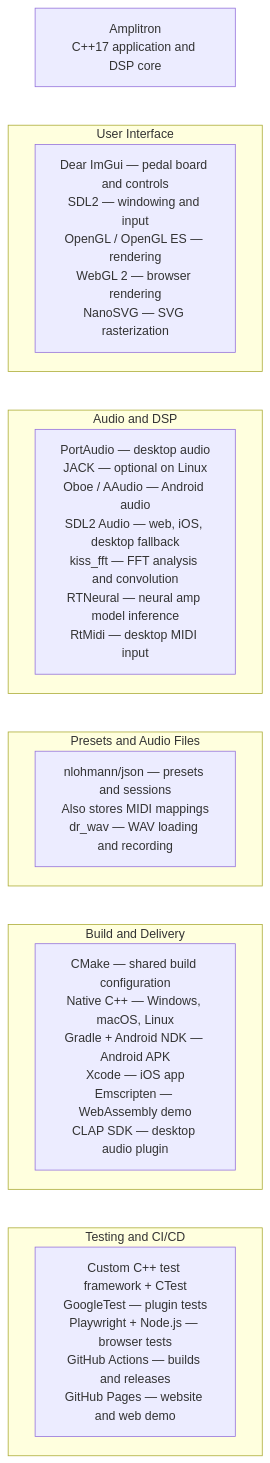
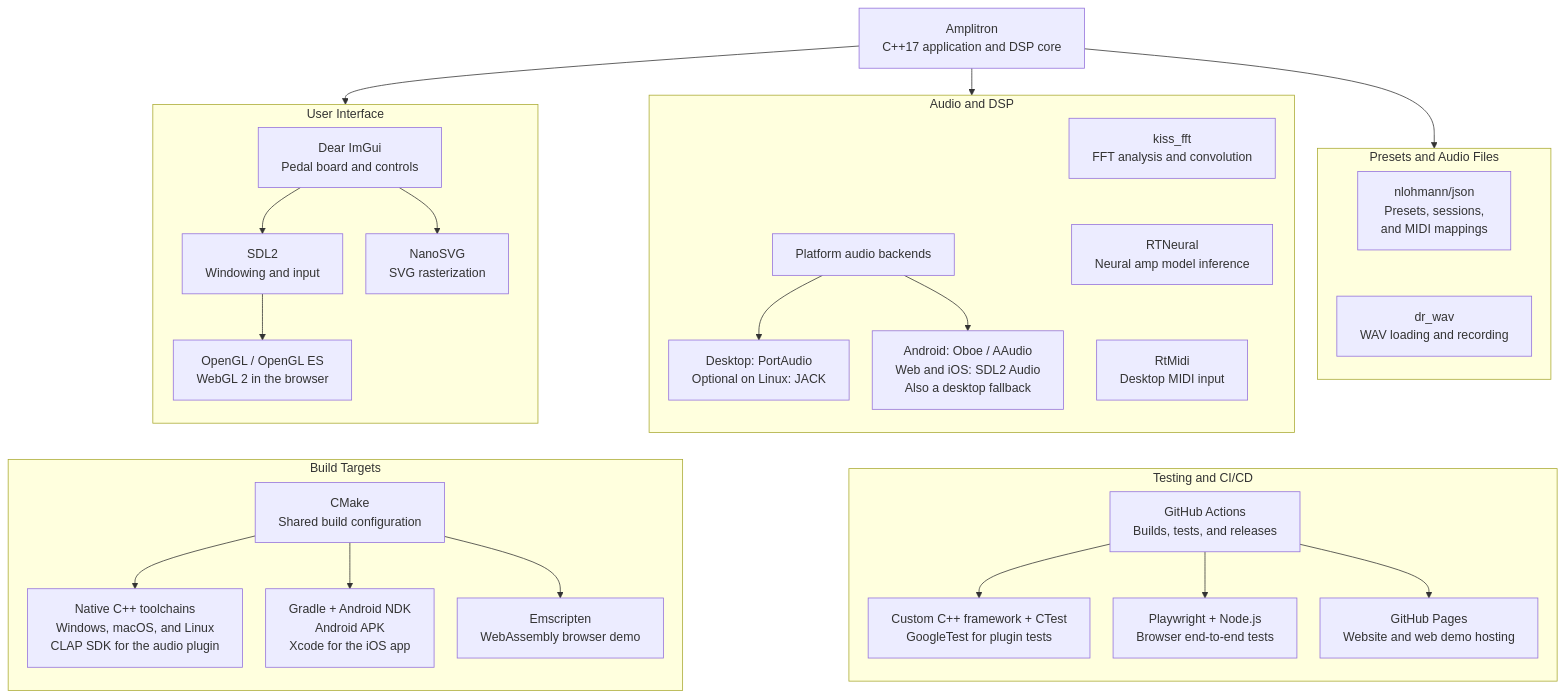
The fourth of 4 diagrams in README.md (sudip-mondal-2002/Amplitron), drawn with Mermaid before and after one commit. The commit also changed other lines of this file, not shown here.

Commit message:
update tech stack

````diff
--- a/README.md
+++ b/README.md
@@ -928,30 +928,66 @@
 ```mermaid
+%%{init: {"flowchart": {"wrappingWidth": 240, "nodeSpacing": 30, "rankSpacing": 35}}}%%
 flowchart TB
     core["Amplitron<br/>C++17 application and DSP core"]
 
     subgraph ui["User Interface"]
-        uiStack["Dear ImGui — pedal board and controls<br/>SDL2 — windowing and input<br/>OpenGL / OpenGL ES — rendering<br/>WebGL 2 — browser rendering<br/>NanoSVG — SVG rasterization"]
+        direction TB
+        imgui["Dear ImGui<br/>Pedal board and controls"]
+        sdl["SDL2<br/>Windowing and input"]
+        graphics["OpenGL / OpenGL ES<br/>WebGL 2 in the browser"]
+        svg["NanoSVG<br/>SVG rasterization"]
+        imgui --> sdl
+        sdl --> graphics
+        imgui --> svg
     end
 
     subgraph audio["Audio and DSP"]
-        audioStack["PortAudio — desktop audio<br/>JACK — optional on Linux<br/>Oboe / AAudio — Android audio<br/>SDL2 Audio — web, iOS, desktop fallback<br/>kiss_fft — FFT analysis and convolution<br/>RTNeural — neural amp model inference<br/>RtMidi — desktop MIDI input"]
+        direction TB
+        backends["Platform audio backends"]
+        desktopAudio["Desktop: PortAudio<br/>Optional on Linux: JACK"]
+        mobileAudio["Android: Oboe / AAudio<br/>Web and iOS: SDL2 Audio<br/>Also a desktop fallback"]
+        fft["kiss_fft<br/>FFT analysis and convolution"]
+        neural["RTNeural<br/>Neural amp model inference"]
+        midi["RtMidi<br/>Desktop MIDI input"]
+        backends --> desktopAudio
+        backends --> mobileAudio
+        fft ~~~ neural
+        neural ~~~ midi
     end
 
     subgraph data["Presets and Audio Files"]
-        dataStack["nlohmann/json — presets and sessions<br/>Also stores MIDI mappings<br/>dr_wav — WAV loading and recording"]
+        direction TB
+        json["nlohmann/json<br/>Presets, sessions,<br/>and MIDI mappings"]
+        wav["dr_wav<br/>WAV loading and recording"]
+        json ~~~ wav
     end
 
-    subgraph delivery["Build and Delivery"]
-        buildStack["CMake — shared build configuration<br/>Native C++ — Windows, macOS, Linux<br/>Gradle + Android NDK — Android APK<br/>Xcode — iOS app<br/>Emscripten — WebAssembly demo<br/>CLAP SDK — desktop audio plugin"]
+    subgraph delivery["Build Targets"]
+        direction TB
+        cmake["CMake<br/>Shared build configuration"]
+        desktop["Native C++ toolchains<br/>Windows, macOS, and Linux<br/>CLAP SDK for the audio plugin"]
+        mobile["Gradle + Android NDK<br/>Android APK<br/>Xcode for the iOS app"]
+        web["Emscripten<br/>WebAssembly browser demo"]
+        cmake --> desktop
+        cmake --> mobile
+        cmake --> web
     end
 
     subgraph quality["Testing and CI/CD"]
-        qualityStack["Custom C++ test framework + CTest<br/>GoogleTest — plugin tests<br/>Playwright + Node.js — browser tests<br/>GitHub Actions — builds and releases<br/>GitHub Pages — website and web demo"]
+        direction TB
+        ci["GitHub Actions<br/>Builds, tests, and releases"]
+        nativeTests["Custom C++ framework + CTest<br/>GoogleTest for plugin tests"]
+        browserTests["Playwright + Node.js<br/>Browser end-to-end tests"]
+        pages["GitHub Pages<br/>Website and web demo hosting"]
+        ci --> nativeTests
+        ci --> browserTests
+        ci --> pages
     end
 
-    core ~~~ uiStack
-    uiStack ~~~ audioStack
-    audioStack ~~~ dataStack
-    dataStack ~~~ buildStack
-    buildStack ~~~ qualityStack
+    core --> ui
+    core --> audio
+    core --> data
+    ui ~~~ delivery
+    audio ~~~ quality
+    data ~~~ quality
 ```
````
